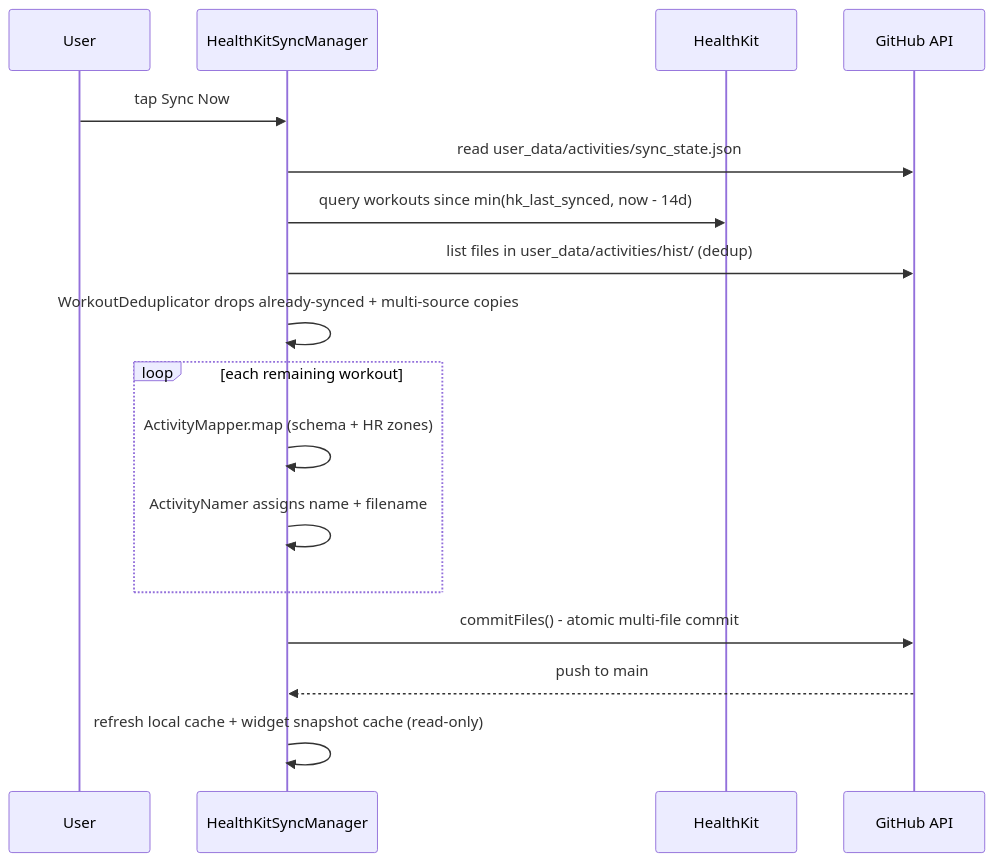
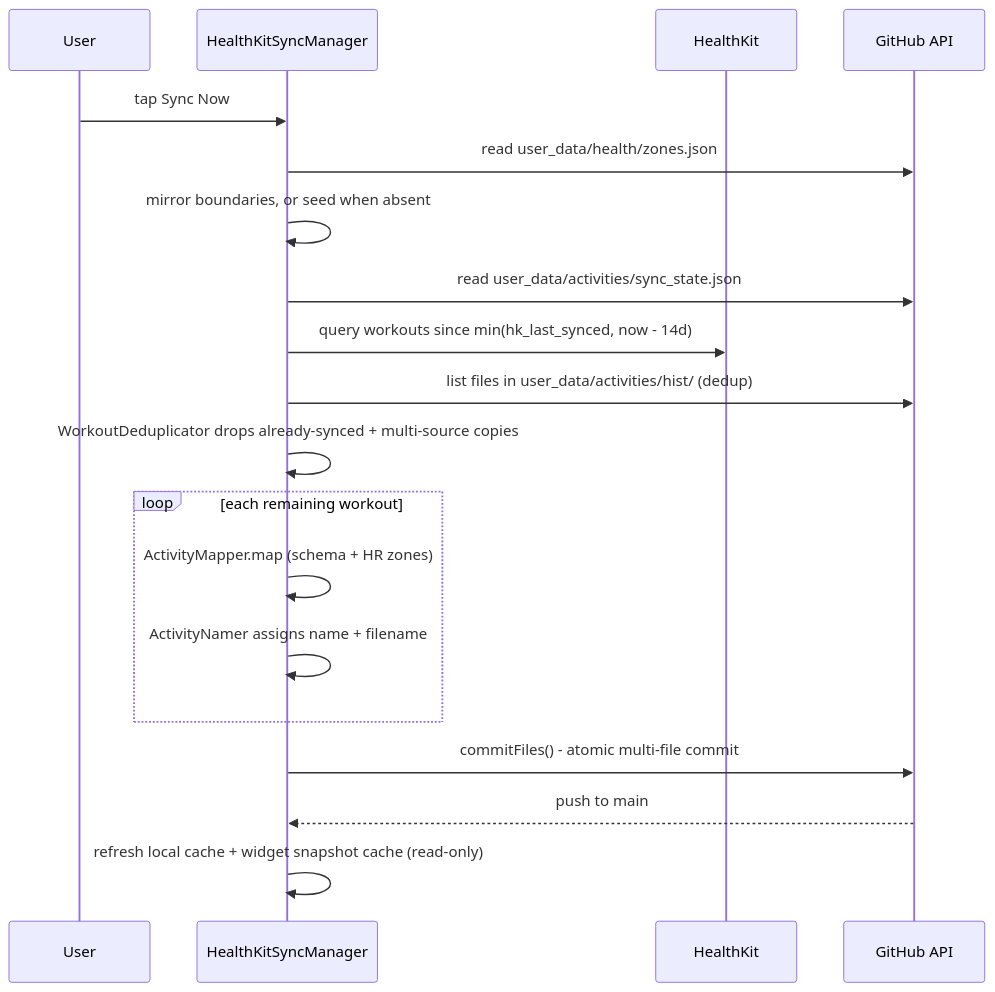
One commit to sibling-shipyard/coach-hq changed the second of 2 diagrams in docs/eng-docs/ios-sync.md. Above: the diagram before and after it, drawn with Mermaid. The commit also changed other lines of this file and 5 other files, not shown here.

Commit message:
ios: read and write zone boundaries from the repo (#495)

````diff
--- a/docs/eng-docs/ios-sync.md
+++ b/docs/eng-docs/ios-sync.md
@@ -38,19 +43,21 @@
 ```mermaid
 sequenceDiagram
     participant U as User
     participant M as HealthKitSyncManager
     participant HK as HealthKit
     participant GH as GitHub API
     U->>M: tap Sync Now
+    M->>GH: read user_data/health/zones.json
+    M->>M: mirror boundaries, or seed when absent
     M->>GH: read user_data/activities/sync_state.json
     M->>HK: query workouts since min(hk_last_synced, now - 14d)
     M->>GH: list files in user_data/activities/hist/ (dedup)
     M->>M: WorkoutDeduplicator drops already-synced + multi-source copies
     loop each remaining workout
         M->>M: ActivityMapper.map (schema + HR zones)
         M->>M: ActivityNamer assigns name + filename
     end
     M->>GH: commitFiles() - atomic multi-file commit
     GH-->>M: push to main
     M->>M: refresh local cache + widget snapshot cache (read-only)
 ```
````
